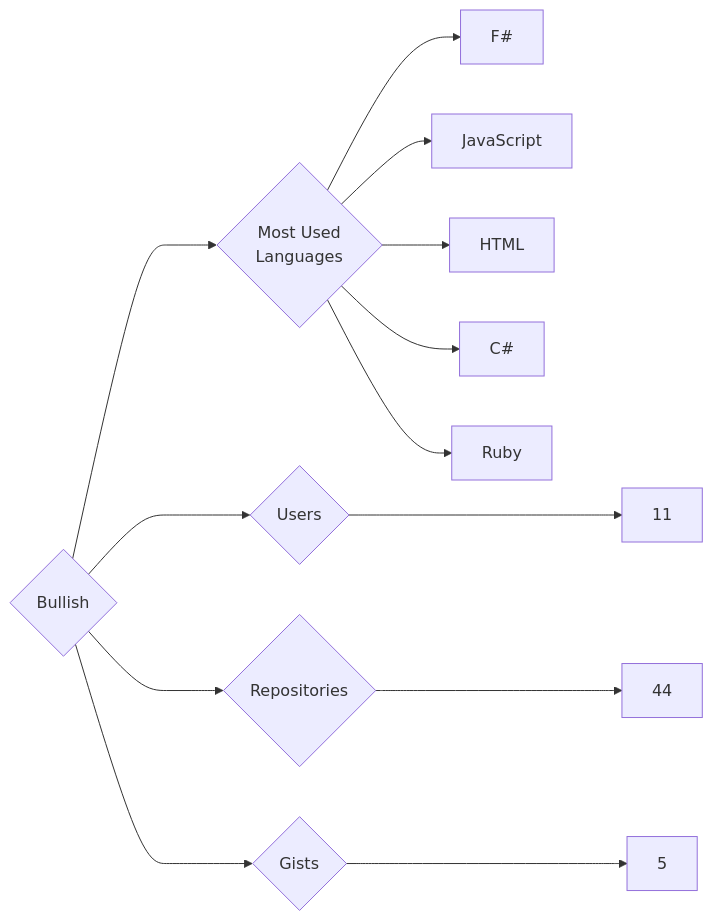
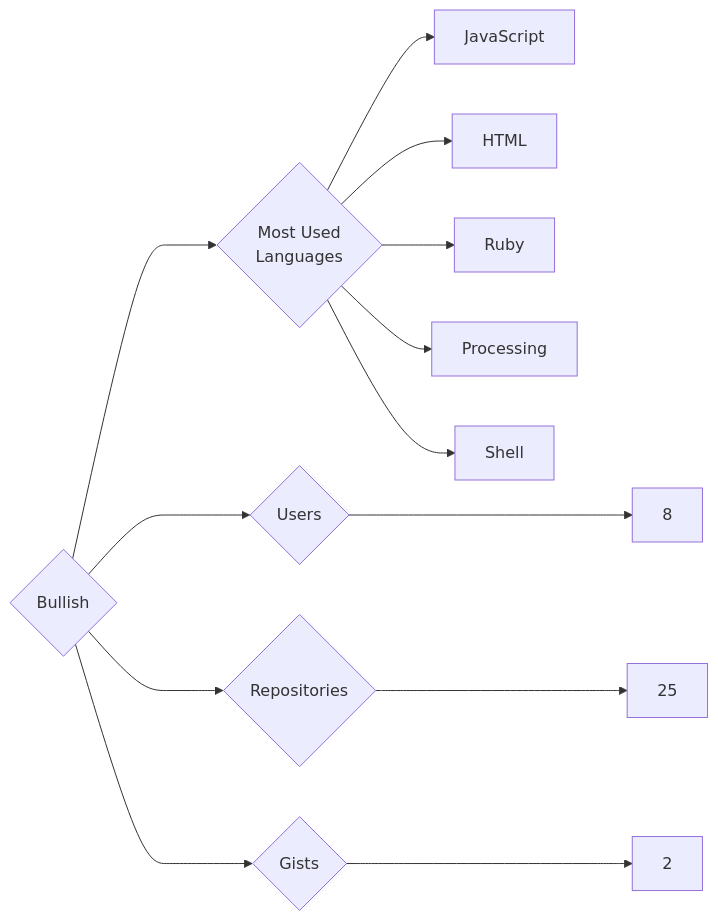
One commit to trickest/insiders changed the diagram in targets/Bullish/README.md. Above: the diagram before and after it, drawn with Mermaid. The commit also changed 682 other files, not shown here.

````diff
--- a/targets/Bullish/README.md
+++ b/targets/Bullish/README.md
@@ -3,13 +3,13 @@
 ```mermaid
 graph LR
 COMPANY_NAME{Bullish}
-COMPANY_NAME ---> U{Users} ---> UN[11]
-COMPANY_NAME ---> R{Repositories} ---> RN[44]
-COMPANY_NAME ---> G{Gists} ---> GN[5]
+COMPANY_NAME ---> U{Users} ---> UN[8]
+COMPANY_NAME ---> R{Repositories} ---> RN[25]
+COMPANY_NAME ---> G{Gists} ---> GN[2]
 COMPANY_NAME ---> ML{Most Used<br>Languages}
-ML --> F#[F#]
 ML --> JavaScript[JavaScript]
 ML --> HTML[HTML]
-ML --> C#[C#]
 ML --> Ruby[Ruby]
+ML --> Processing[Processing]
+ML --> Shell[Shell]
 ```
````
